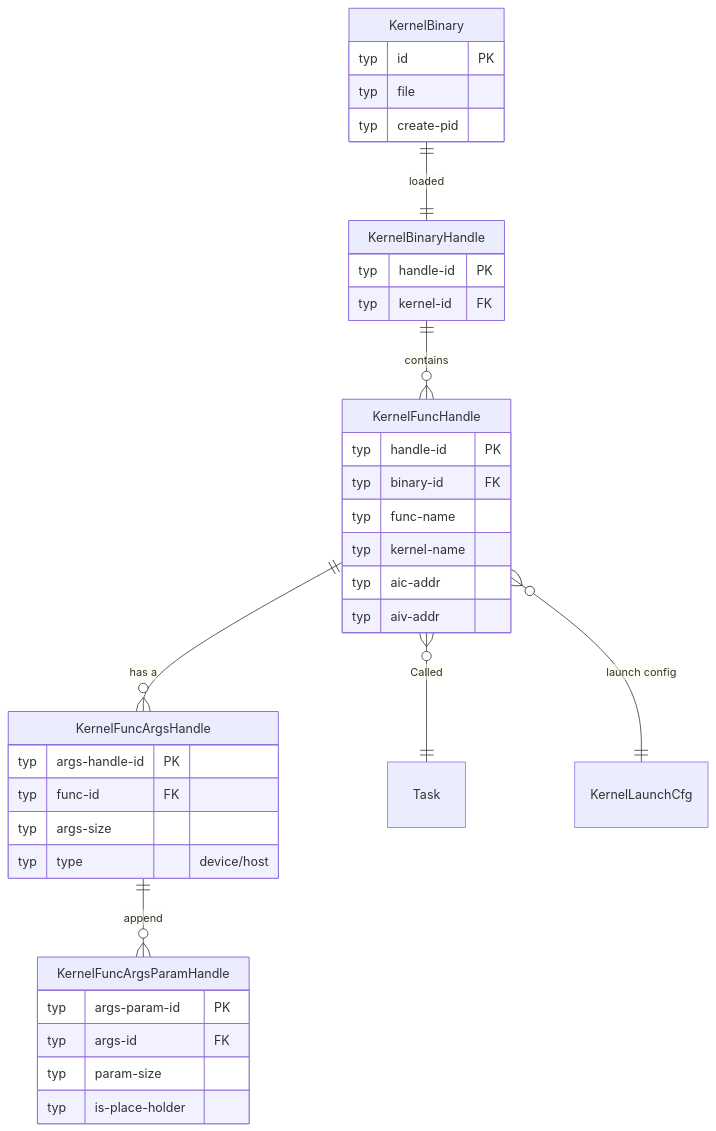
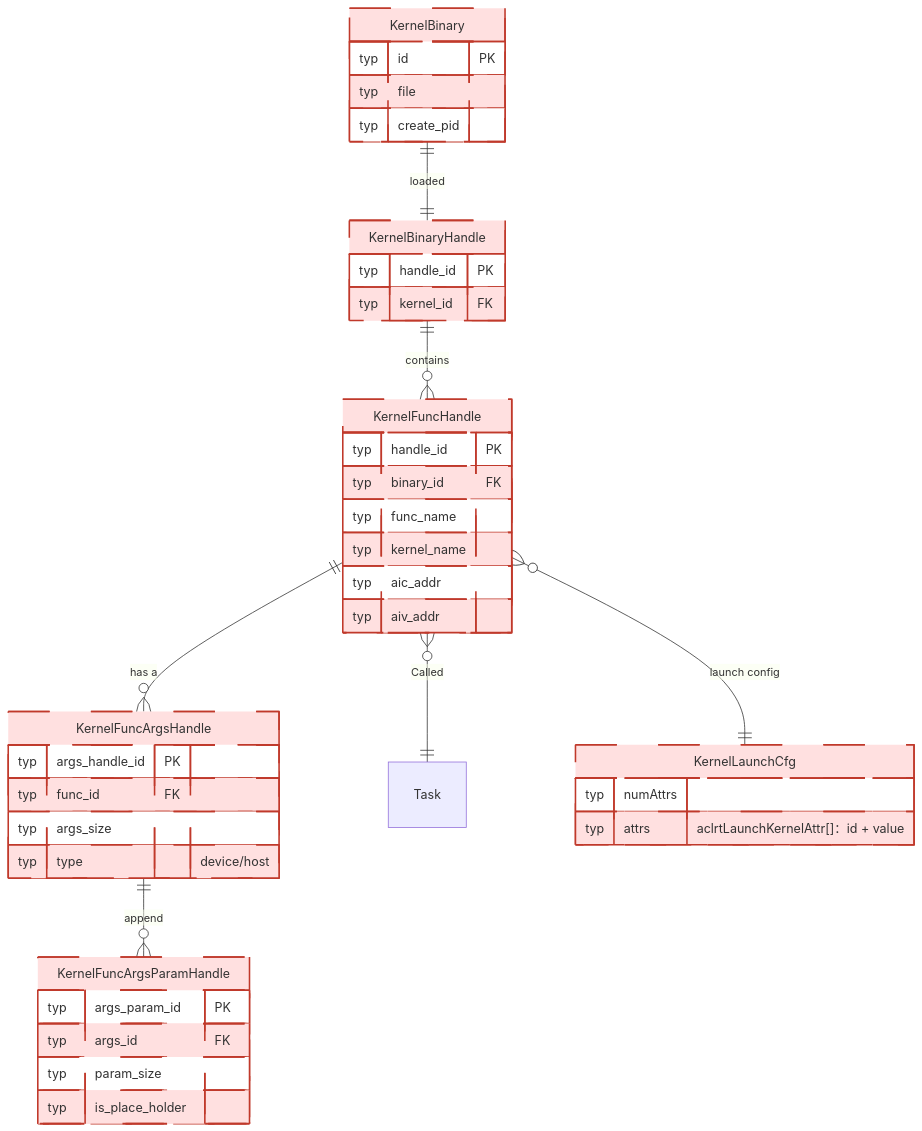
One commit to Fengfengst123/hcomm-mirror changed diagram 19 of 19 in test/hccl_vm/docs/simulator_runner_data_model.md. Above: the diagram before and after it, drawn with Mermaid. The commit also changed other lines of this file and 701 other files, not shown here.

````diff
--- a/test/hccl_vm/docs/simulator_runner_data_model.md
+++ b/test/hccl_vm/docs/simulator_runner_data_model.md
@@ -1751,42 +2098,51 @@
 ```mermaid
 erDiagram
     KernelBinary {
         typ id PK
         typ file
-        typ create-pid
+        typ create_pid
     }
 
     KernelBinary  ||--|| KernelBinaryHandle :"loaded"
     KernelBinaryHandle  ||--o{ KernelFuncHandle :"contains"
     KernelBinaryHandle {
-        typ handle-id PK
-        typ kernel-id FK
+        typ handle_id PK
+        typ kernel_id FK
     }
 
     KernelFuncHandle  ||--o{ KernelFuncArgsHandle :"has a"
     KernelFuncHandle  }o--|| Task :"Called "
     KernelFuncHandle  }o--|| KernelLaunchCfg :"launch config"
+    %% KernelLaunchCfg = ACL 侧 aclrtLaunchKernelCfg（numAttrs/attrs[]），非 sim 模型、不落库
     KernelFuncHandle {
-        typ handle-id PK
-        typ binary-id FK
-        typ func-name
-        typ kernel-name
-        typ aic-addr
-        typ aiv-addr
+        typ handle_id PK
+        typ binary_id FK
+        typ func_name
+        typ kernel_name
+        typ aic_addr
+        typ aiv_addr
     }
 
     KernelFuncArgsHandle  ||--o{ KernelFuncArgsParamHandle :"append"
     KernelFuncArgsHandle {
-        typ args-handle-id PK
-        typ func-id FK
-        typ args-size
+        typ args_handle_id PK
+        typ func_id FK
+        typ args_size
         typ type "device/host"
     }
 
     KernelFuncArgsParamHandle {
-        typ args-param-id PK
-        typ args-id FK
-        typ param-size
-        typ is-place-holder
+        typ args_param_id PK
+        typ args_id FK
+        typ param_size
+        typ is_place_holder
     }
+
+    KernelLaunchCfg {
+        typ numAttrs
+        typ attrs "aclrtLaunchKernelAttr[]：id + value"
+    }
+
+    classDef unimplemented fill:#ffe0e0,stroke:#c0392b,stroke-width:2px,stroke-dasharray:5 3
+    class KernelBinary,KernelBinaryHandle,KernelFuncHandle,KernelFuncArgsHandle,KernelFuncArgsParamHandle,KernelLaunchCfg unimplemented
 ```
````
